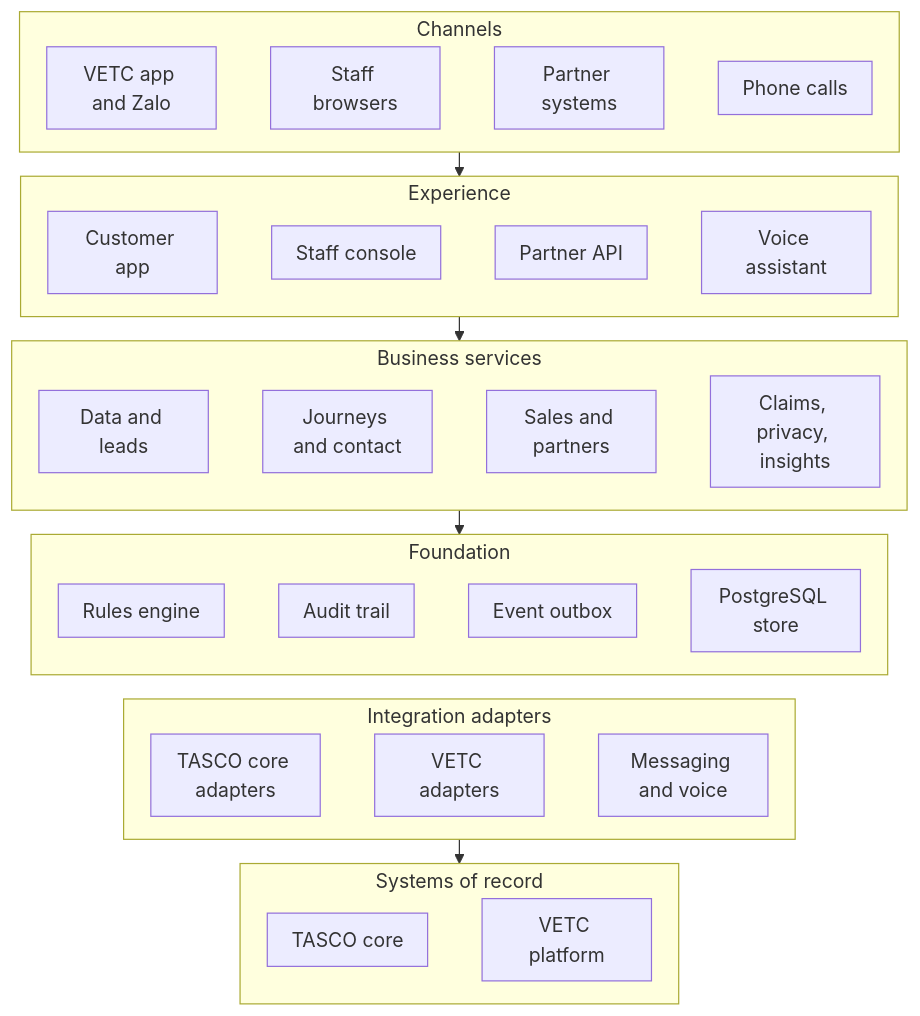
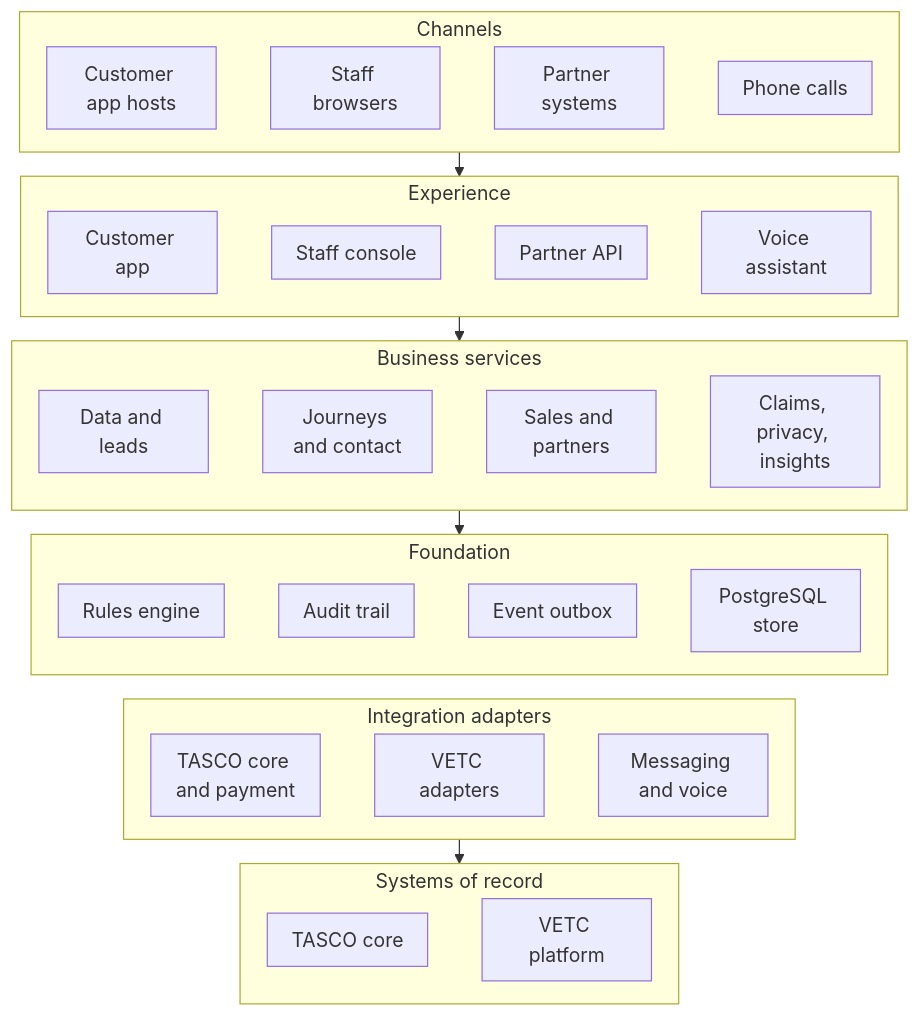
The second of 9 diagrams in tools/docs-source/docs/architecture/solution-architecture.md (IortaTexhNXT-DEV/TASCO), drawn with Mermaid before and after one commit. The commit also changed other lines of this file and 101 other files, not shown here.

First line of the commit message:
Voice script: link goes to TASCO Insurance's Zalo OA; vendored Mermaid for doc builds; review edits to business, quality and delivery documents

````diff
--- a/tools/docs-source/docs/architecture/solution-architecture.md
+++ b/tools/docs-source/docs/architecture/solution-architecture.md
@@ -147,30 +154,30 @@
 ```mermaid
 %% caption: Layered view, in which business services use the foundation and reach the systems of record through the integration adapters
 %%{init: {"flowchart": {"wrappingWidth": 100, "nodeSpacing": 18, "rankSpacing": 20, "padding": 10, "subGraphTitleMargin": {"top": 2, "bottom": 8}}, "themeCSS": ".cluster-label .nodeLabel { display: inline-block; padding-right: 9em; }"}}%%
 flowchart TB
   subgraph CH["Channels"]
     direction LR
-    C1["VETC app and Zalo"] ~~~ C2["Staff browsers"] ~~~ C3["Partner systems"] ~~~ C4["Phone calls"]
+    C1["Customer app hosts"] ~~~ C2["Staff browsers"] ~~~ C3["Partner systems"] ~~~ C4["Phone calls"]
   end
   subgraph EXP["Experience"]
     direction LR
     E1["Customer app"] ~~~ E2["Staff console"] ~~~ E3["Partner API"] ~~~ E4["Voice assistant"]
   end
   subgraph SVC["Business services"]
     direction LR
     S1["Data and leads"] ~~~ S2["Journeys and contact"] ~~~ S3["Sales and partners"] ~~~ S4["Claims, privacy, insights"]
   end
   subgraph FND["Foundation"]
     direction LR
     F1["Rules engine"] ~~~ F2["Audit trail"] ~~~ F3["Event outbox"] ~~~ F4["PostgreSQL store"]
   end
   subgraph INT["Integration adapters"]
     direction LR
-    I1["TASCO core adapters"] ~~~ I2["VETC adapters"] ~~~ I3["Messaging and voice"]
+    I1["TASCO core and payment"] ~~~ I2["VETC adapters"] ~~~ I3["Messaging and voice"]
   end
   subgraph SOR["Systems of record"]
     direction LR
     R1["TASCO core"] ~~~ R2["VETC platform"]
   end
   CH --> EXP --> SVC --> FND ~~~ INT --> SOR
 ```
````
